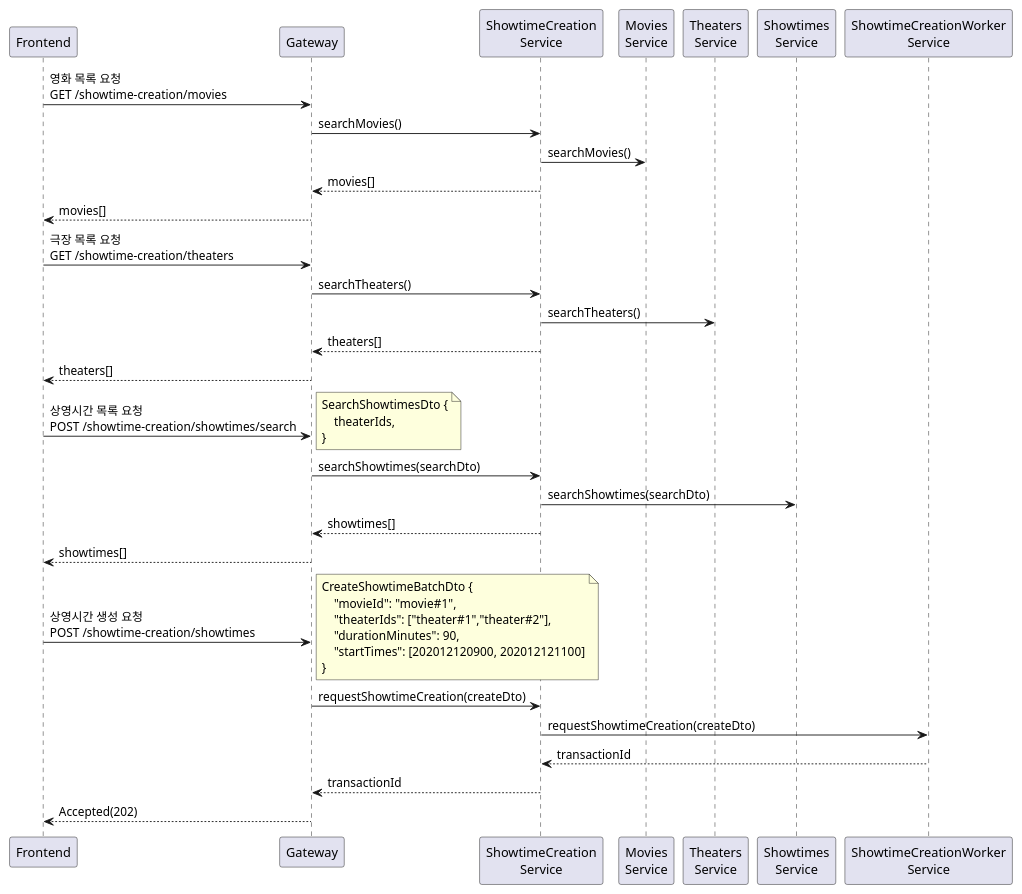
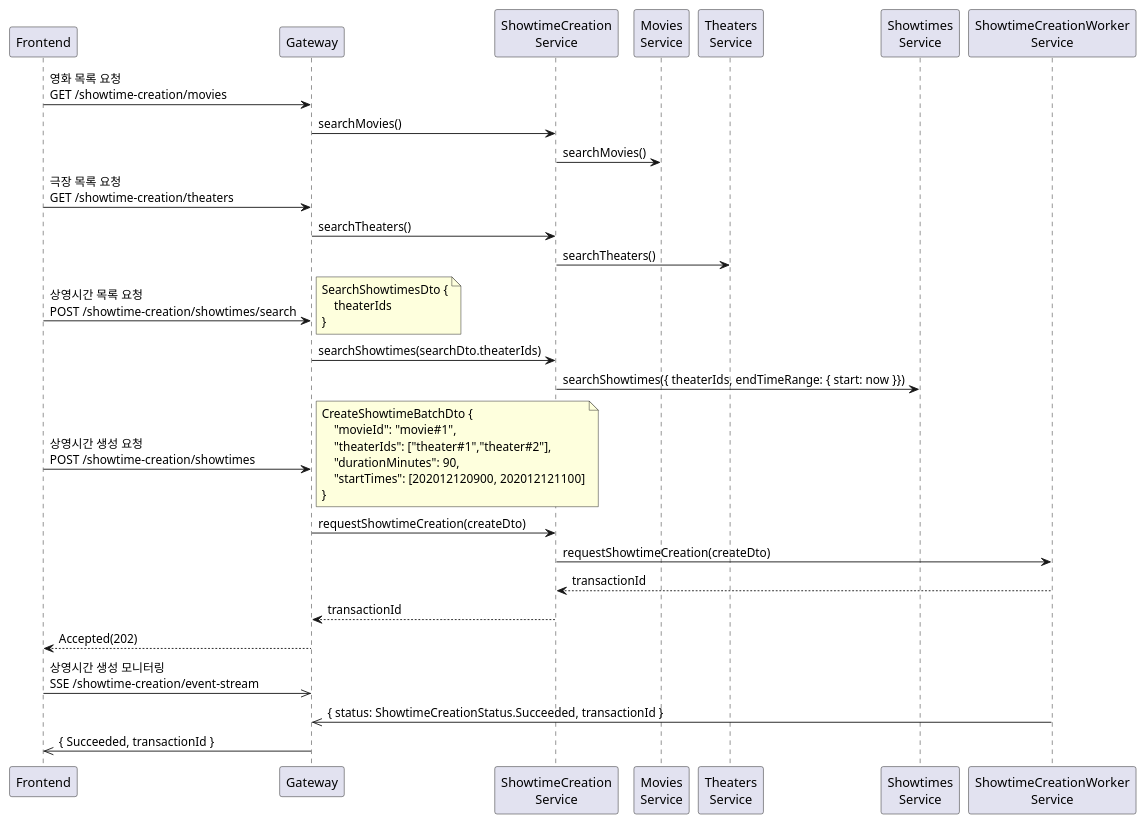
One commit to mannercode/mannercode.github.io changed the ninth of 12 diagrams in _posts/2025-06-01-backend-design-3.md. Above: the diagram before and after it, drawn with PlantUML. The commit also changed other lines of this file and 1 other file, not shown here.

Commit message:
Refactor sequence diagrams for Showtime creation process to improve clarity and structure

```diff
--- a/_posts/2025-06-01-backend-design-3.md
+++ b/_posts/2025-06-01-backend-design-3.md
@@ -410,49 +514,47 @@
 {% plantuml %}
 @startuml
 participant Frontend as frontend
 participant Gateway as gateway
 participant "ShowtimeCreation\nService" as creation
 participant "Movies\nService" as movies
 participant "Theaters\nService" as theaters
 participant "Showtimes\nService" as showtimes
 participant "ShowtimeCreationWorker\nService" as worker
 
 frontend -> gateway: 영화 목록 요청\nGET /showtime-creation/movies
     gateway -> creation: searchMovies()
         creation -> movies: searchMovies()
-    gateway <-- creation: movies[]
-frontend <-- gateway: movies[]
 
 frontend -> gateway: 극장 목록 요청\nGET /showtime-creation/theaters
     gateway -> creation: searchTheaters()
         creation -> theaters: searchTheaters()
-    gateway <-- creation: theaters[]
-frontend <-- gateway: theaters[]
 
 frontend -> gateway: 상영시간 목록 요청\nPOST /showtime-creation/showtimes/search
     note right
         SearchShowtimesDto {
-            theaterIds,
+            theaterIds
         }
     end note
-    gateway -> creation: searchShowtimes(searchDto)
-        creation -> showtimes: searchShowtimes(searchDto)
-    gateway <-- creation: showtimes[]
-frontend <-- gateway: showtimes[]
+    gateway -> creation: searchShowtimes(searchDto.theaterIds)
+        creation -> showtimes: searchShowtimes({ theaterIds, endTimeRange: { start: now }})
 
 frontend -> gateway: 상영시간 생성 요청\nPOST /showtime-creation/showtimes
     note right
         CreateShowtimeBatchDto {
             "movieId": "movie#1",
             "theaterIds": ["theater#1","theater#2"],
             "durationMinutes": 90,
             "startTimes": [202012120900, 202012121100]
         }
     end note
     gateway -> creation: requestShowtimeCreation(createDto)
         creation -> worker: requestShowtimeCreation(createDto)
         creation <-- worker: transactionId
     gateway <-- creation: transactionId
 frontend <-- gateway: Accepted(202)
+
+frontend ->> gateway: 상영시간 생성 모니터링\nSSE /showtime-creation/event-stream
+gateway <<- worker: { status: ShowtimeCreationStatus.Succeeded, transactionId }
+frontend <<- gateway: { Succeeded, transactionId }
 @enduml
 {% endplantuml %}
```
